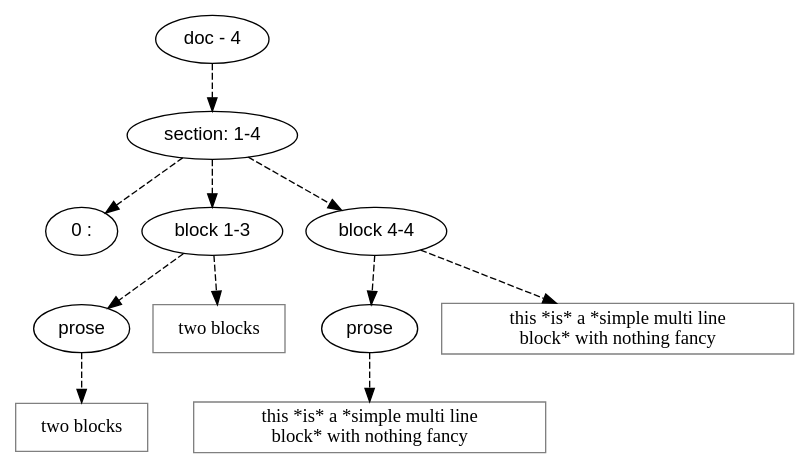
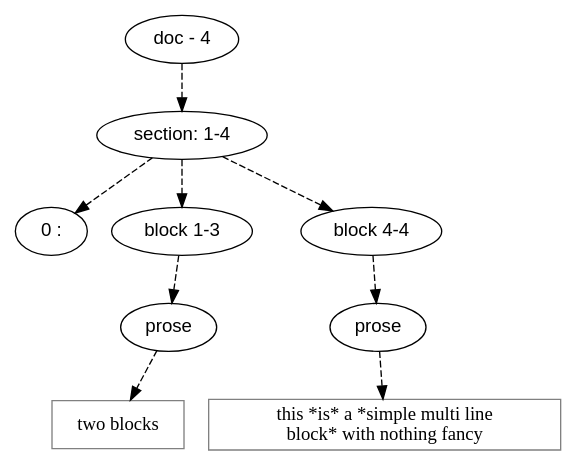
Before and after one commit to mnemnion/orb: the diagram in orb/dot/samples/multi-line-bold.gm-old.dot, drawn with Graphviz. The commit also changed 117 other files, not shown here.

```diff
--- a/orb/dot/samples/multi-line-bold.gm-old.dot
+++ b/orb/dot/samples/multi-line-bold.gm-old.dot
@@ -1,50 +1,44 @@
 digraph hierarchy {
 
 node [fontname=Helvetica]
 edge [style=dashed]
 
 doc_0 [label="doc - 4"]
 
 
 doc_0 -> { section_1}
 {rank=same; section_1}
 
 section_1 [label="section: 1-4"]
 
 
 section_1 -> { header_2 block_3 block_4}
 {rank=same; header_2 block_3 block_4}
 
 header_2 [label="0 : "]
 
 block_3 [label="block 1-3"]
 
 block_4 [label="block 4-4"]
 
 
 block_3 -> { prose_5}
 {rank=same; prose_5}
 
 prose_5 [label="prose"]
 
 
 prose_5 -> leaf_6
 leaf_6  [color=Gray,shape=rectangle,fontname=Inconsolata,label="two blocks
 "]
-block_3 -> leaf_7
-leaf_7  [color=Gray,shape=rectangle,fontname=Inconsolata,label="two blocks
-"]
-block_4 -> { prose_8}
-{rank=same; prose_8}
+block_4 -> { prose_7}
+{rank=same; prose_7}
 
-prose_8 [label="prose"]
+prose_7 [label="prose"]
 
 
-prose_8 -> leaf_9
-leaf_9  [color=Gray,shape=rectangle,fontname=Inconsolata,label="this *is* a *simple multi line
-block* with nothing fancy"]
-block_4 -> leaf_10
-leaf_10  [color=Gray,shape=rectangle,fontname=Inconsolata,label="this *is* a *simple multi line
+prose_7 -> leaf_8
+leaf_8  [color=Gray,shape=rectangle,fontname=Inconsolata,label="this *is* a *simple multi line
 block* with nothing fancy"]
 
 }
```
